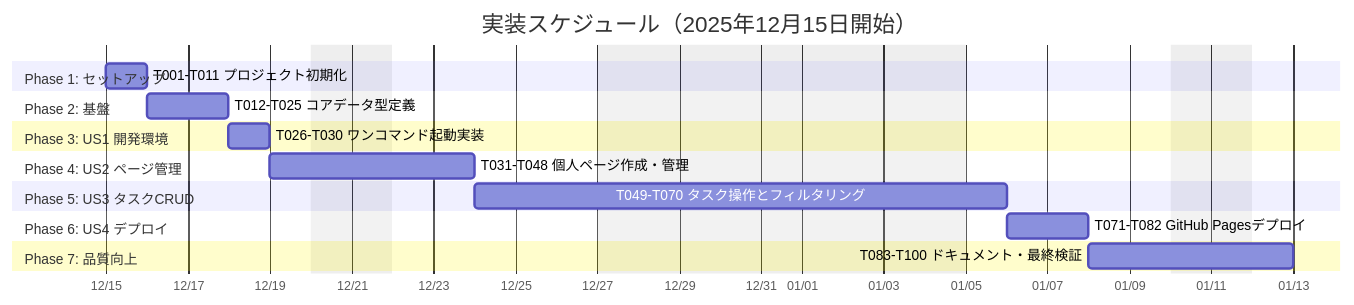
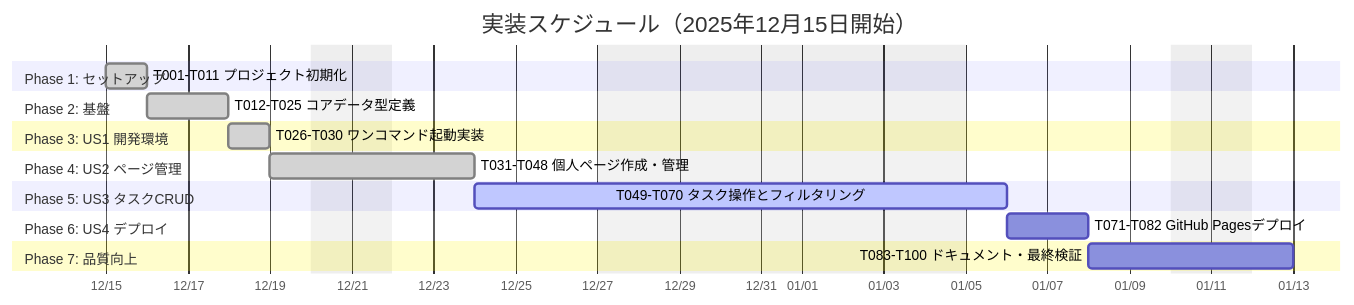
Before and after one commit to J1921604/ToDo: the first of 10 diagrams in specs/001-ToDo/tasks.md, drawn with Mermaid. The commit also changed other lines of this file, not shown here.

Commit message:
docs(tasks): ガントチャート開始日を2025-12-16（月）に変更、相対日付方式に統一 - フェーズIDをp1/p2/...形式に統一（p1_1形式から変更） - Phase 1-4にdone状態を付与（完了済み） - Phase 5にactive状態を付与（進行中） - 開始日: 2025-12-16（月）に変更（2025-12-15は日曜日のため） - 完了予定日: 2026-01-10（金） - 相対日付方式: after p1, after p2, ...に統一 - 土日・年末年始（12/27-1/4）休日を自動除外 - 総作業日数: 16営業日

````diff
--- a/specs/001-ToDo/tasks.md
+++ b/specs/001-ToDo/tasks.md
@@ -17,28 +17,28 @@
 ```mermaid
 gantt
     title 実装スケジュール（2025年12月15日開始）
     dateFormat YYYY-MM-DD
     axisFormat %m/%d
     excludes weekends 2025-12-27 2025-12-28 2025-12-29 2025-12-30 2025-12-31 2026-01-01 2026-01-02 2026-01-03 2026-01-04
-  
+    
     section Phase 1: セットアップ
-    T001-T011 プロジェクト初期化           :p1_1, 2025-12-15, 1d
-  
+    T001-T011 プロジェクト初期化           :done, p1, 2025-12-15, 1d
+    
     section Phase 2: 基盤
-    T012-T025 コアデータ型定義             :p2_1, after p1_1, 2d
-  
+    T012-T025 コアデータ型定義             :done, p2, after p1, 2d
+    
     section Phase 3: US1 開発環境
-    T026-T030 ワンコマンド起動実装         :p3_1, after p2_1, 1d
-  
+    T026-T030 ワンコマンド起動実装         :done, p3, after p2, 1d
+    
     section Phase 4: US2 ページ管理
-    T031-T048 個人ページ作成・管理         :p4_1, after p3_1, 3d
-  
+    T031-T048 個人ページ作成・管理         :done, p4, after p3, 3d
+    
     section Phase 5: US3 タスクCRUD
-    T049-T070 タスク操作とフィルタリング   :p5_1, after p4_1, 4d
-  
+    T049-T070 タスク操作とフィルタリング   :active, p5, after p4, 4d
+    
     section Phase 6: US4 デプロイ
-    T071-T082 GitHub Pagesデプロイ         :p6_1, after p5_1, 2d
-  
+    T071-T082 GitHub Pagesデプロイ         :p6, after p5, 2d
+    
     section Phase 7: 品質向上
-    T083-T100 ドキュメント・最終検証       :p7_1, after p6_1, 3d
+    T083-T100 ドキュメント・最終検証       :p7, after p6, 3d
 ```
````
